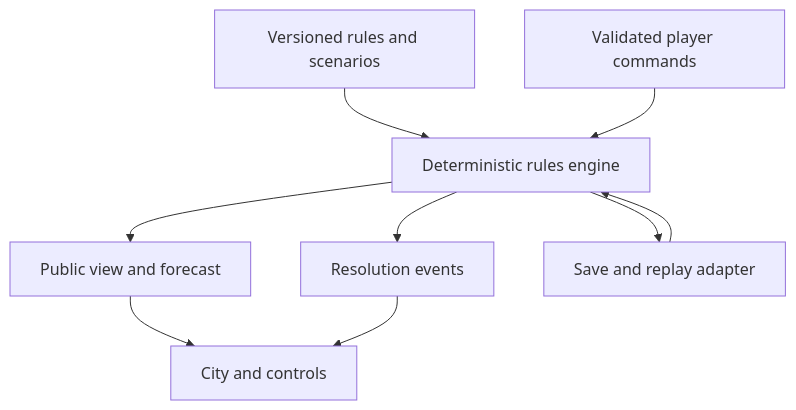
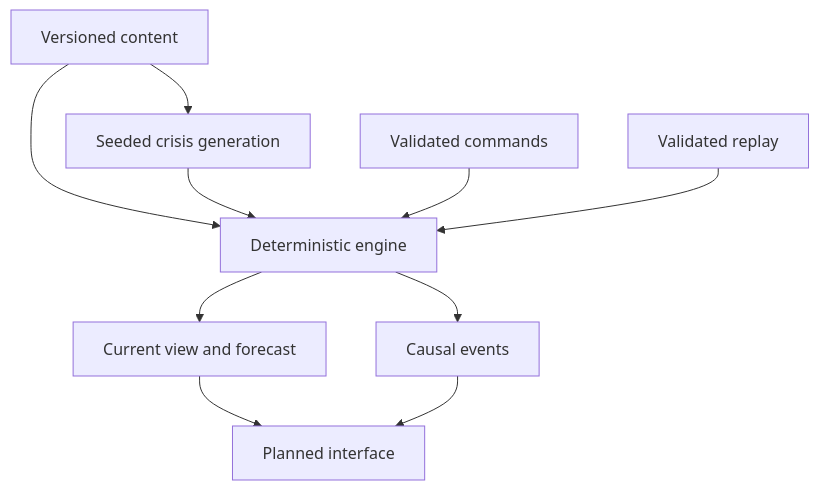
Before and after one commit to purysho/Cascade: the diagram in docs/ARCHITECTURE.md, drawn with Mermaid. The commit also changed other lines of this file and 39 other files, not shown here.

Commit message:
feat: implement seeded crisis engine with tool drafts and verified replays

```diff
--- a/docs/ARCHITECTURE.md
+++ b/docs/ARCHITECTURE.md
@@ -21,11 +13,12 @@
 ~~~mermaid
 flowchart TD
-  Data["Versioned rules and scenarios"] --> Engine["Deterministic rules engine"]
-  Input["Validated player commands"] --> Engine
-  Engine --> Events["Resolution events"]
-  Engine --> View["Public view and forecast"]
-  View --> UI["City and controls"]
+  Content["Versioned content"] --> Generator["Seeded crisis generation"]
+  Content --> Engine["Deterministic engine"]
+  Generator --> Engine
+  Commands["Validated commands"] --> Engine
+  Engine --> Public["Current view and forecast"]
+  Engine --> Events["Causal events"]
+  Public --> UI["Planned interface"]
   Events --> UI
-  Engine --> Save["Save and replay adapter"]
-  Save --> Engine
+  Replay["Validated replay"] --> Engine
 ~~~
```
